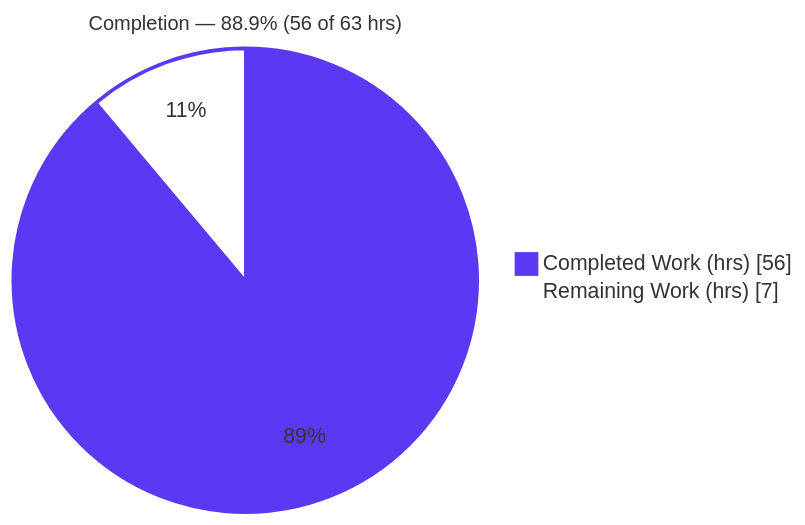
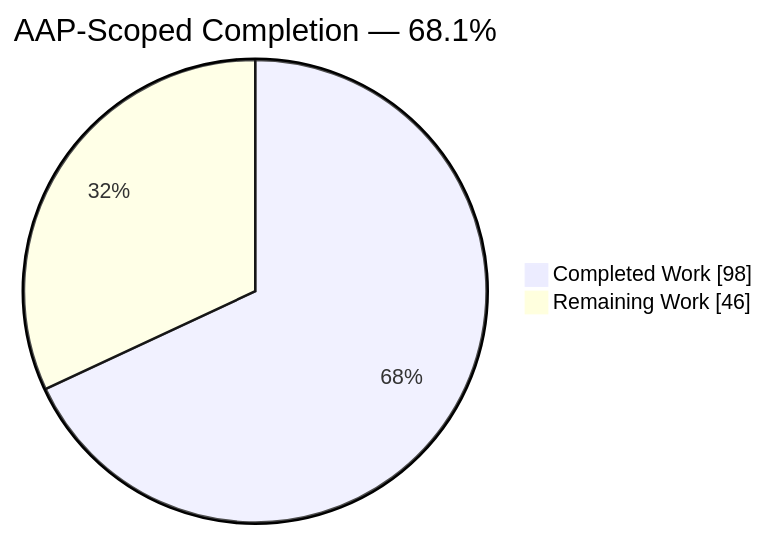
The first of 4 diagrams in blitzy/documentation/Project Guide.md (blitzy-public-samples/blitzy-civicrm-core), drawn with Mermaid before and after one commit. The commit also changed other lines of this file, not shown here.

Commit message:
Adding Blitzy Project Guide: Project Status and Human Tasks Remaining

````diff
--- a/blitzy/documentation/Project Guide.md
+++ b/blitzy/documentation/Project Guide.md
@@ -16,6 +9,5 @@
 ```mermaid
-%%{init: {'theme':'base','themeVariables':{'pie1':'#5B39F3','pie2':'#FFFFFF','pieStrokeColor':'#5B39F3','pieOuterStrokeColor':'#5B39F3','pieSectionTextColor':'#333333','pieTitleTextSize':'16px','pieStrokeWidth':'2px','pieOpacity':'1'}}}%%
-pie showData title Completion — 88.9% (56 of 63 hrs)
-    "Completed Work (hrs)" : 56
-    "Remaining Work (hrs)" : 7
+pie showData title AAP-Scoped Completion — 68.1%
+    "Completed Work" : 98
+    "Remaining Work" : 46
 ```
````
